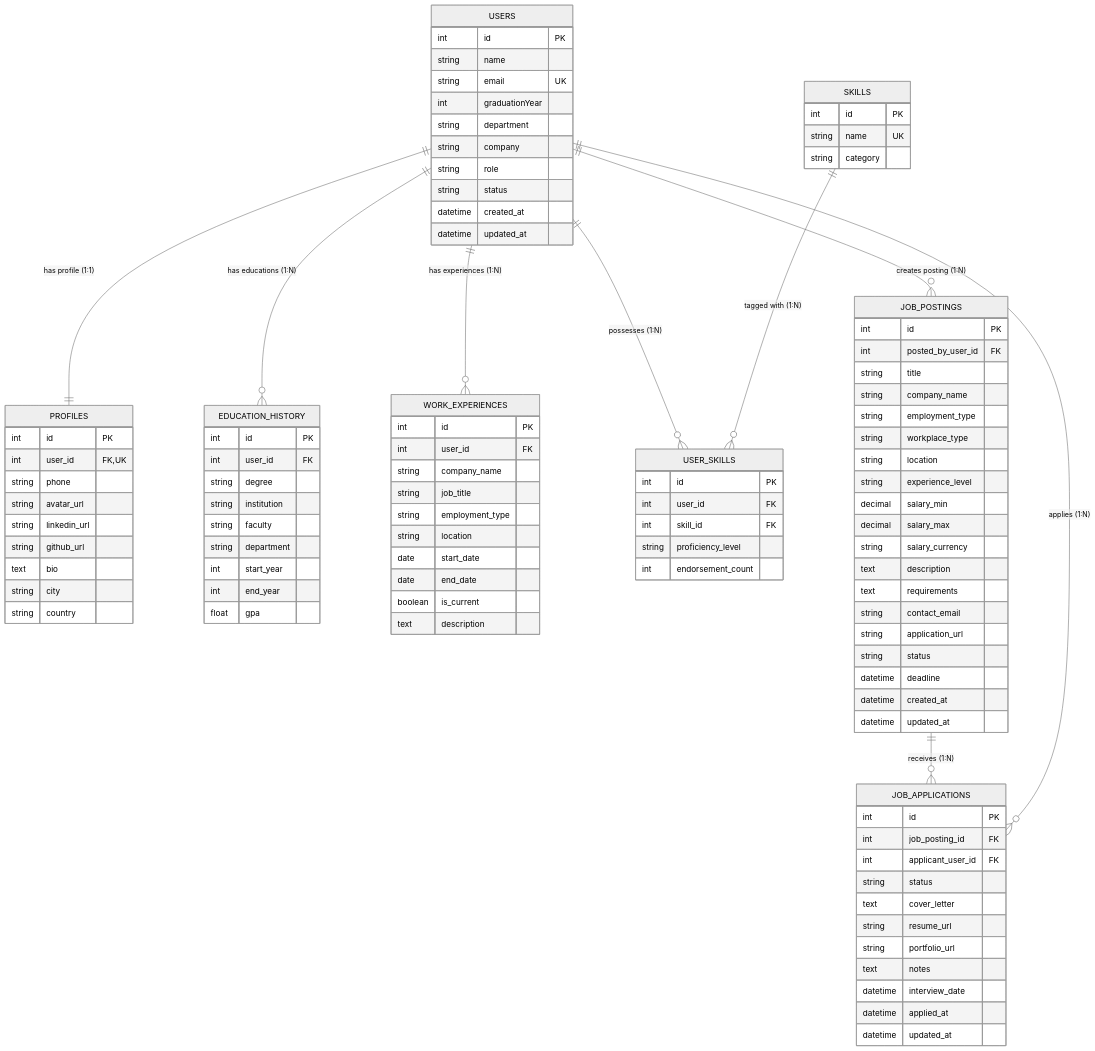
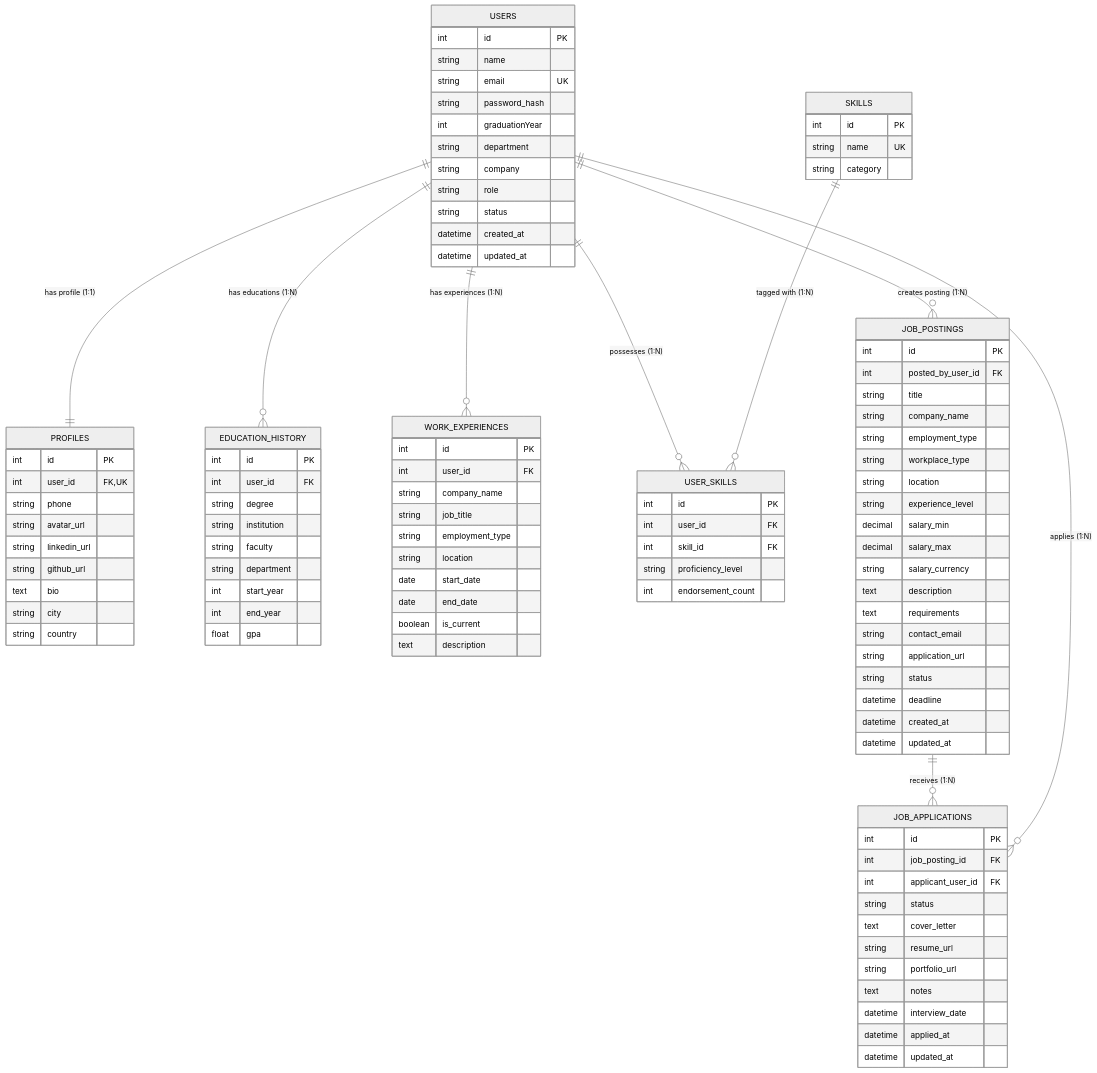
The diagram in ddd.md (tegmenbugo/alumni), drawn with Mermaid (neutral theme) before and after one commit. The commit also changed other lines of this file and 10 other files, not shown here.

```diff
--- a/ddd.md
+++ b/ddd.md
@@ -65,6 +65,7 @@
         int id PK
         string name
         string email UK
+        string password_hash
         int graduationYear
         string department
         string company
```
